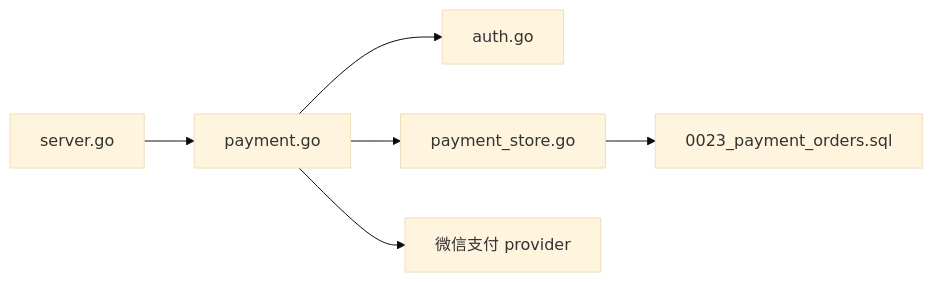
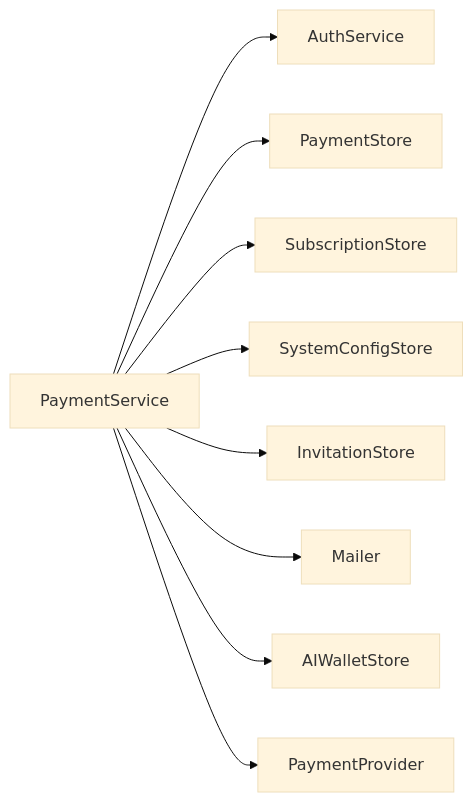
Before and after one commit to alvinwangzi/goodhr: the sixth of 6 diagrams in .qoder/repowiki/zh/content/API接口文档/云端REST API/支付订阅API/订单管理接口.md, drawn with Mermaid (base theme). The commit also changed other lines of this file and 149 other files, not shown here.

````diff
--- a/.qoder/repowiki/zh/content/API接口文档/云端REST API/支付订阅API/订单管理接口.md
+++ b/.qoder/repowiki/zh/content/API接口文档/云端REST API/支付订阅API/订单管理接口.md
@@ -253,8 +296,11 @@
 ```mermaid
 graph LR
-Router["server.go"] --> PaySvc["payment.go"]
-PaySvc --> Auth["auth.go"]
-PaySvc --> Store["payment_store.go"]
-Store --> DB["0023_payment_orders.sql"]
-PaySvc --> Provider["微信支付 provider"]
+PS["PaymentService"] --> AS["AuthService"]
+PS --> ST["PaymentStore"]
+PS --> SS["SubscriptionStore"]
+PS --> SC["SystemConfigStore"]
+PS --> IS["InvitationStore"]
+PS --> ML["Mailer"]
+PS --> AW["AIWalletStore"]
+PS --> PP["PaymentProvider"]
 ```
````
